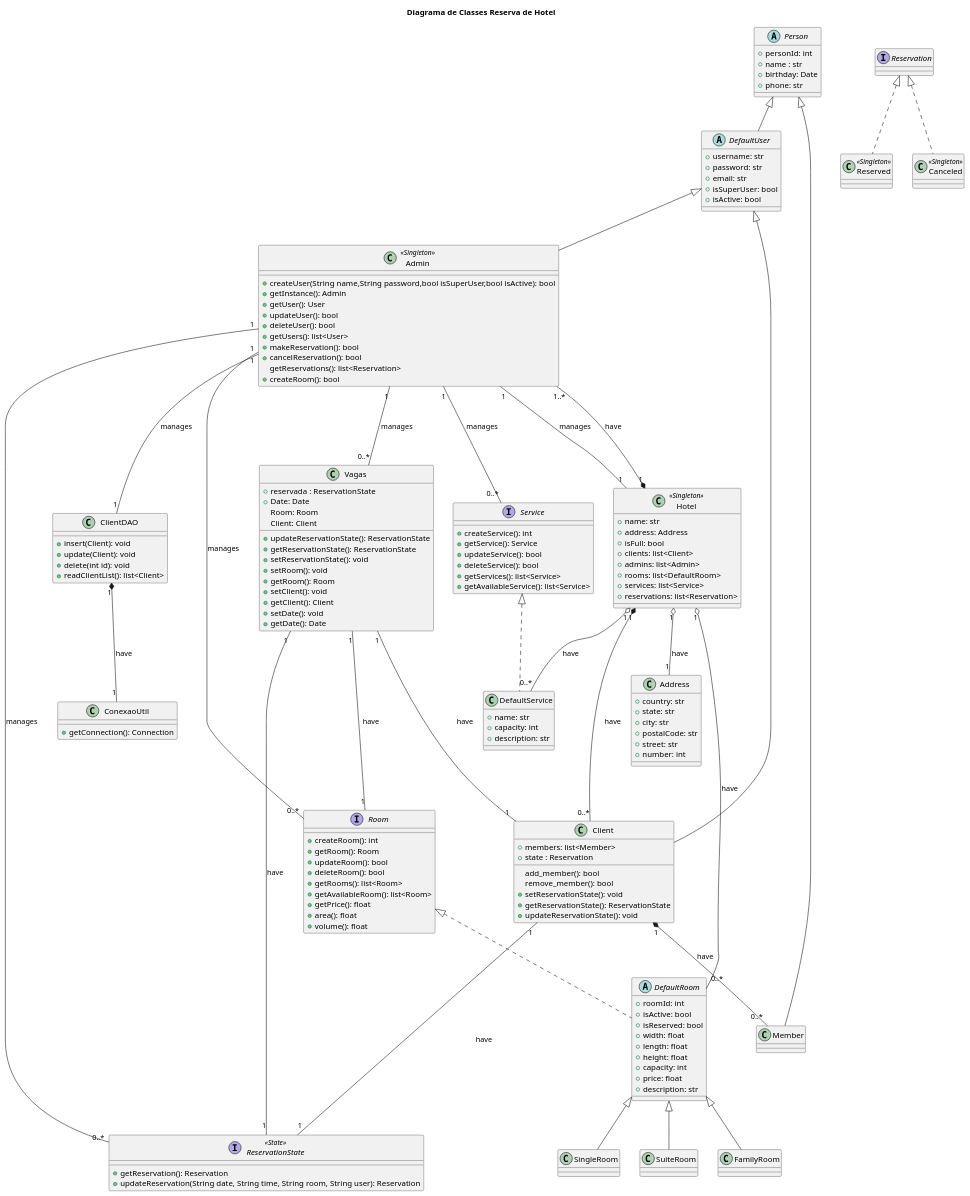
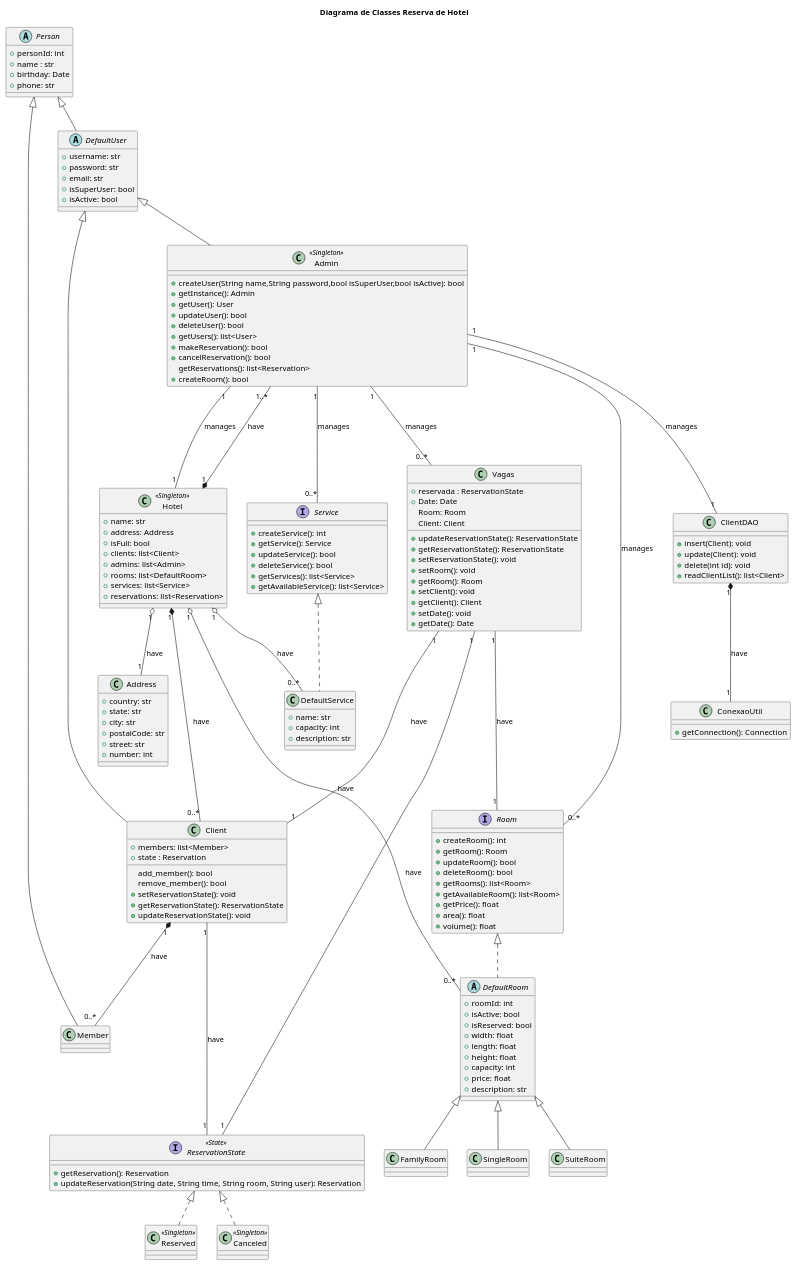
The diagram in diagrama_de_classes.iuml (Enzuldo2/Hotel-Reservation), drawn with PlantUML before and after one commit.

Commit message:
mudança no diagrama

```diff
--- a/diagrama_de_classes.iuml
+++ b/diagrama_de_classes.iuml
@@ -1,183 +1,182 @@
 @startuml
 title Diagrama de Classes Reserva de Hotel
 
 abstract class Person {
     +personId: int 
     +name : str
     +birthday: Date
     +phone: str
 }
 
 
 class Client extends DefaultUser {
     +members: list<Member>
     +state : Reservation
     add_member(): bool
     remove_member(): bool
     +setReservationState(): void
     +getReservationState(): ReservationState
     +updateReservationState(): void
 }
 
 abstract class DefaultUser extends Person {
     +username: str
     +password: str
     +email: str
     +isSuperUser: bool 
     +isActive: bool 
 }
 
 class Admin <<Singleton>> extends DefaultUser {
 
     +createUser(String name,String password,bool isSuperUser,bool isActive): bool
     +getInstance(): Admin
     +getUser(): User
     +updateUser(): bool
     +deleteUser(): bool
     +getUsers(): list<User>
     +makeReservation(): bool
     +cancelReservation(): bool
     getReservations(): list<Reservation>
     +createRoom(): bool
 }
 
 
 class Member extends Person {
 }
 
 
 class Hotel <<Singleton>> {
     +name: str
     +address: Address
     +isFull: bool
     +clients: list<Client>
     +admins: list<Admin>
     +rooms: list<DefaultRoom>
     +services: list<Service>
     +reservations: list<Reservation>
 }
 
 class Address {
     +country: str
     +state: str
     +city: str
     +postalCode: str
     +street: str
     +number: int
 }
 
 interface Room {
     +createRoom(): int
     +getRoom(): Room
     +updateRoom(): bool
     +deleteRoom(): bool
     +getRooms(): list<Room>
     +getAvailableRoom(): list<Room>
     +getPrice(): float
     +area(): float
     +volume(): float
 }
 
 abstract class DefaultRoom implements Room {
     +roomId: int
     +isActive: bool
     +isReserved: bool
     +width: float
     +length: float
     +height: float
     +capacity: int
     +price: float
     +description: str
 }
 
 
 class SingleRoom extends DefaultRoom {
 }
 
 class SuiteRoom extends DefaultRoom {
 }
 
 class FamilyRoom extends DefaultRoom {
 }
 
 interface Service {
     +createService(): int
     +getService(): Service
     +updateService(): bool
     +deleteService(): bool
     +getServices(): list<Service>
     +getAvailableService(): list<Service>
 }
 
 class DefaultService implements Service {
     +name: str
     +capacity: int 
     +description: str
 
 }
 
 interface ReservationState <<State>> {
     +getReservation(): Reservation
     +updateReservation(String date, String time, String room, String user): Reservation
 }
 
-class Reserved <<Singleton>> implements Reservation {
+class Reserved <<Singleton>> implements ReservationState {
 }
 
-class Canceled <<Singleton>> implements Reservation {
+class Canceled <<Singleton>> implements ReservationState {
 }
 
 class ConexaoUtil {
     +getConnection(): Connection
 }
 
 class ClientDAO {
     +insert(Client): void
     +update(Client): void
     +delete(int id): void
     +readClientList(): list<Client>
 }
 
 class Vagas{
     +reservada : ReservationState
     +Date: Date
     Room: Room
     Client: Client
 
     +updateReservationState(): ReservationState
     +getReservationState(): ReservationState
     +setReservationState(): void
     +setRoom(): void
     +getRoom(): Room
     +setClient(): void
     +getClient(): Client
     +setDate(): void
     +getDate(): Date
 }
 
 
 
 Hotel "1" o-- "1"     Address: have
 Hotel "1" *-- "1..*"  Admin: have
 Hotel "1" *-- "0..*"  Client: have
 Hotel "1" o-- "0..*"  DefaultRoom: have
 Hotel "1" o-- "0..*"  DefaultService: have
 
 
 Admin "1" --- "0..*"  Service: manages
 Admin "1" --- "0..*"  Room: manages
-Admin "1" --- "0..*"  ReservationState: manages
 Admin "1" --- "1"     Hotel: manages
 Admin "1" --- "1"  ClientDAO: manages
 Admin "1" --- "0..*" Vagas: manages
 
 ClientDAO "1" *-- "1" ConexaoUtil: have
 
 Vagas "1" --- "1" ReservationState: have
 Vagas "1" --- "1" Room: have
 Vagas "1" --- "1" Client: have
 
 Client "1" *-- "0..*" Member: have
 Client "1" --- "1" ReservationState: have
 
 @enduml
```
